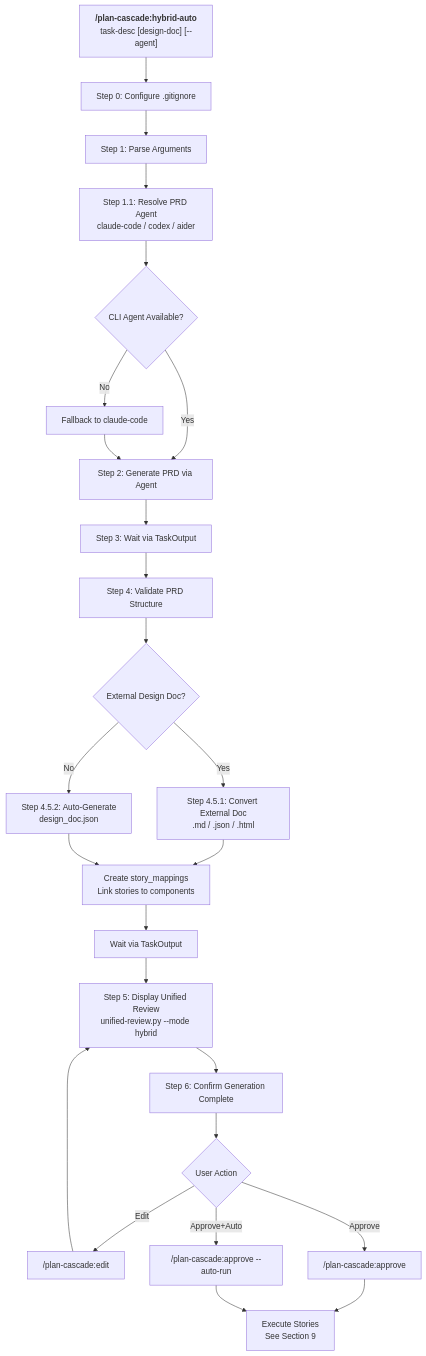
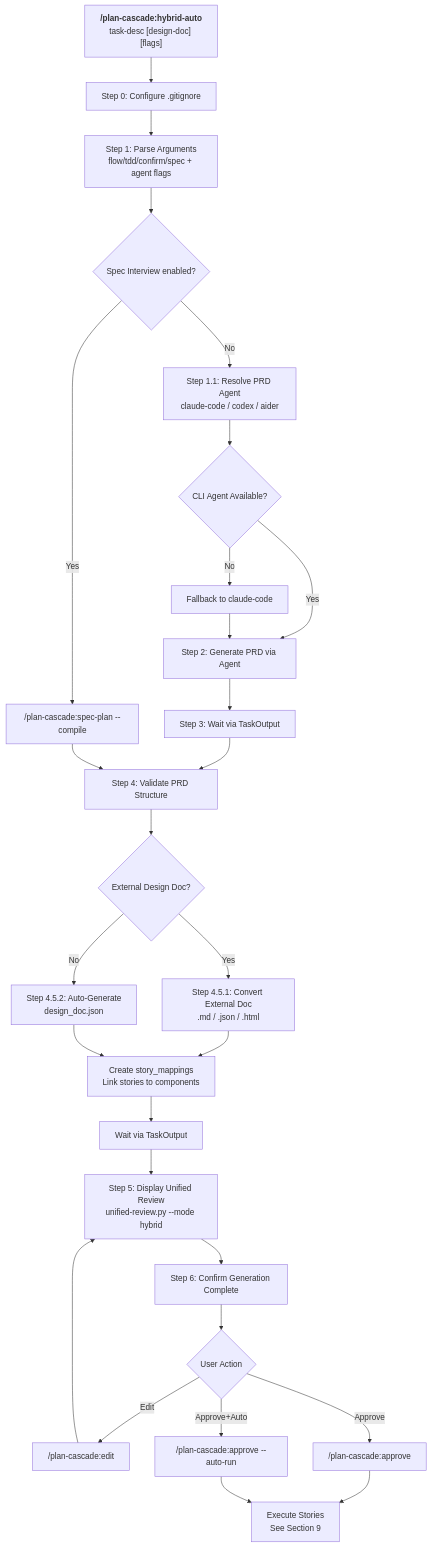
One commit to Taoidle/plan-cascade changed diagram 12 of 19 in docs/System-Architecture.md. Above: the diagram before and after it, drawn with Mermaid. The commit also changed other lines of this file and 47 other files, not shown here.

Commit message:
feat: spec interview workflow + plugin docs

````diff
--- a/docs/System-Architecture.md
+++ b/docs/System-Architecture.md
@@ -795,36 +874,39 @@
 ```mermaid
 flowchart TD
-    A["<b>/plan-cascade:hybrid-auto</b><br/>task-desc [design-doc] [--agent]"] --> A0[Step 0: Configure .gitignore]
-    A0 --> B[Step 1: Parse Arguments]
-    B --> C[Step 1.1: Resolve PRD Agent<br/>claude-code / codex / aider]
+    A["<b>/plan-cascade:hybrid-auto</b><br/>task-desc [design-doc] [flags]"] --> A0[Step 0: Configure .gitignore]
+    A0 --> B[Step 1: Parse Arguments<br/>flow/tdd/confirm/spec + agent flags]
+    B --> SPEC_ON{Spec Interview enabled?}
+    SPEC_ON -->|Yes| SPEC_RUN["/plan-cascade:spec-plan --compile"]
+    SPEC_ON -->|No| C[Step 1.1: Resolve PRD Agent<br/>claude-code / codex / aider]
 
     C --> D{CLI Agent Available?}
     D -->|No| D1[Fallback to claude-code]
     D -->|Yes| E
     D1 --> E
 
     E[Step 2: Generate PRD via Agent]
     E --> F[Step 3: Wait via TaskOutput]
     F --> G[Step 4: Validate PRD Structure]
+    SPEC_RUN --> G
 
     G --> H{External Design Doc?}
     H -->|Yes| I[Step 4.5.1: Convert External Doc<br/>.md / .json / .html]
     H -->|No| J[Step 4.5.2: Auto-Generate<br/>design_doc.json]
     I --> K
     J --> K
 
     K[Create story_mappings<br/>Link stories to components]
     K --> L[Wait via TaskOutput]
     L --> M[Step 5: Display Unified Review<br/>unified-review.py --mode hybrid]
 
     M --> N[Step 6: Confirm Generation Complete]
     N --> O{User Action}
 
     O -->|Edit| P["/plan-cascade:edit"]
     P --> M
     O -->|Approve| Q["/plan-cascade:approve"]
     O -->|"Approve+Auto"| R["/plan-cascade:approve --auto-run"]
 
     Q --> EXEC[Execute Stories<br/>See Section 9]
     R --> EXEC
 ```
````
